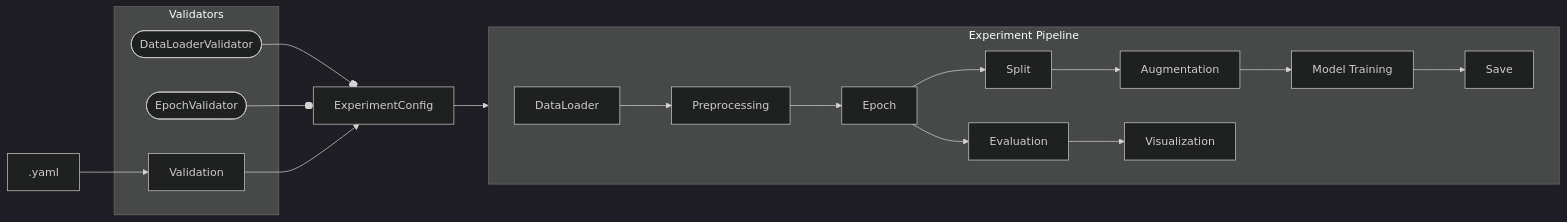
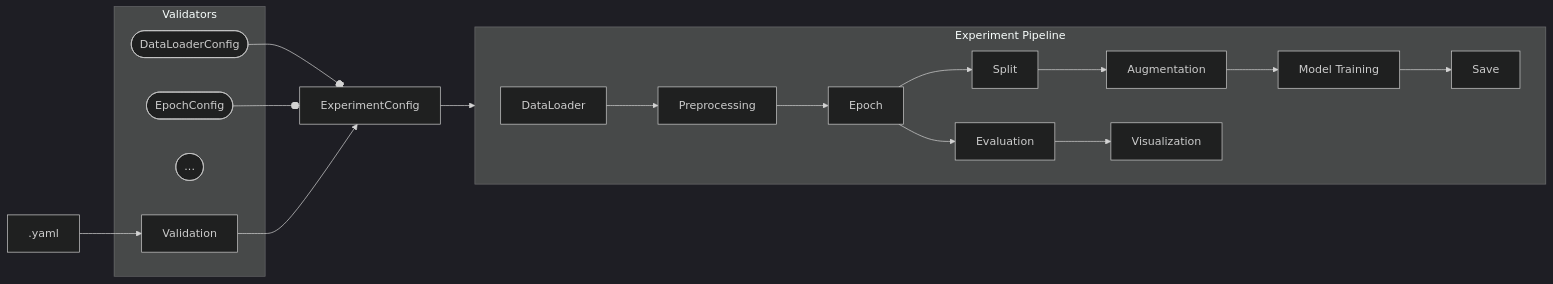
The diagram in README.md (Jirka70/TSP), drawn with Mermaid before and after one commit. The commit also changed other lines of this file, not shown here.

````diff
--- a/README.md
+++ b/README.md
@@ -6,40 +6,41 @@
 ```mermaid
 ---
 config:
   theme: 'dark'
 ---
 flowchart LR
     subgraph Experiment Pipeline
         direction LR
         DL[DataLoader]
         Preprc[Preprocessing]
         Ep[Epoch]
         Spl[Split]
         Aug[Augmentation]
         Train[Model Training]
         Eval[Evaluation]
         Viz[Visualization]
         Sv[Save]
     end
 
     subgraph Validators
         VALID[Validation]
-        DLV([DataLoaderValidator])
-        Epoch([EpochValidator])
+        DLV([DataLoaderConfig])
+        other([...])
+        Epoch([EpochConfig])
     end
 
     DLV --o ExConf
     Epoch --o ExConf
 
     YAML[.yaml] --> VALID[Validation]
     VALID --> ExConf[ExperimentConfig]
     ExConf --> DL
     DL --> Preprc
     Preprc --> Ep
     Ep --> Spl
     Spl --> Aug
     Aug --> Train
     Train --> Sv
     Ep --> Eval
     Eval --> Viz
 ```
````
